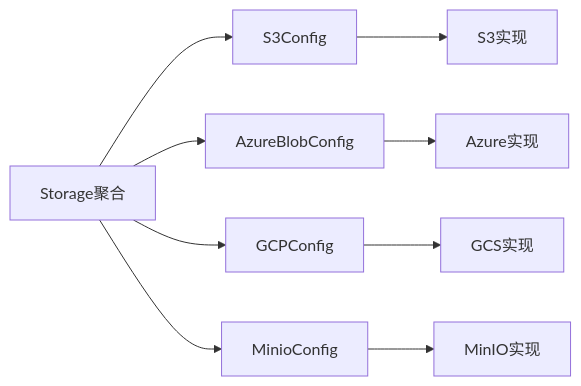
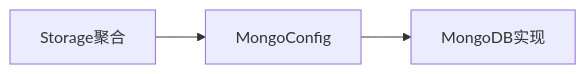
Before and after one commit to leimeng-go/athens: the third of 3 diagrams in .qoder/repowiki/zh/content/配置参考/存储后端配置/云存储配置/云存储配置.md, drawn with Mermaid. The commit also changed other lines of this file and 14 other files, not shown here.

````diff
--- a/.qoder/repowiki/zh/content/配置参考/存储后端配置/云存储配置/云存储配置.md
+++ b/.qoder/repowiki/zh/content/配置参考/存储后端配置/云存储配置/云存储配置.md
@@ -303,11 +148,5 @@
 ```mermaid
 graph LR
-S3C["S3Config"] --> S3IMPL["S3实现"]
-AZC["AzureBlobConfig"] --> AZIMPL["Azure实现"]
-GCC["GCPConfig"] --> GCIMPL["GCS实现"]
-MIC["MinioConfig"] --> MIIMPL["MinIO实现"]
-ST["Storage聚合"] --> S3C
-ST --> AZC
-ST --> GCC
-ST --> MIC
+MONGOCONF["MongoConfig"] --> MONGOIMPL["MongoDB实现"]
+ST["Storage聚合"] --> MONGOCONF
 ```
````
